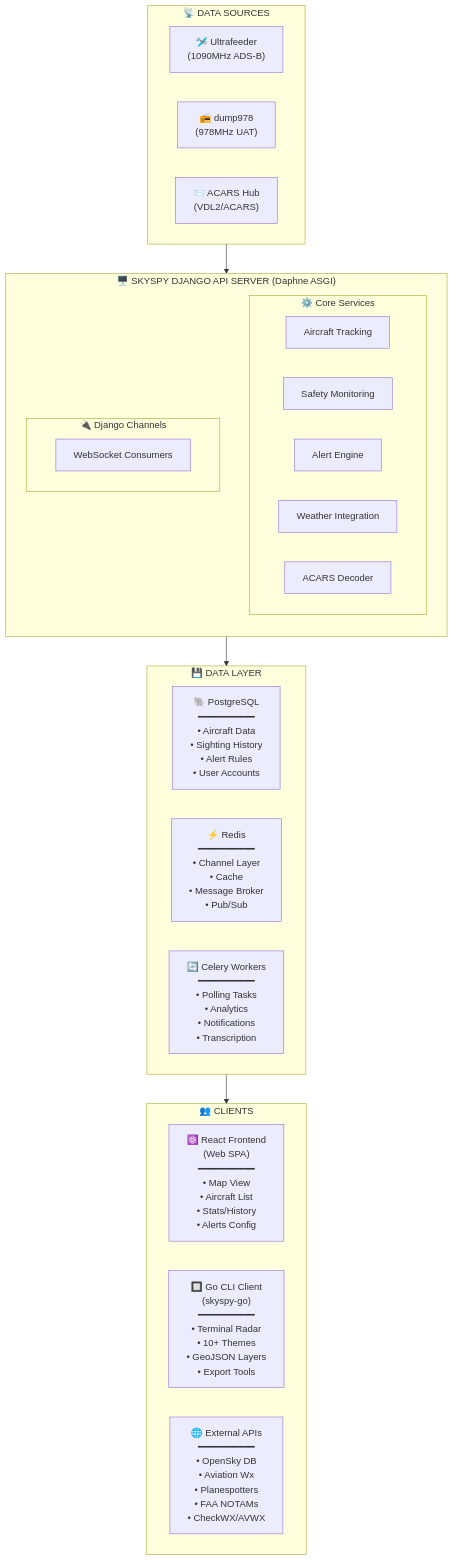
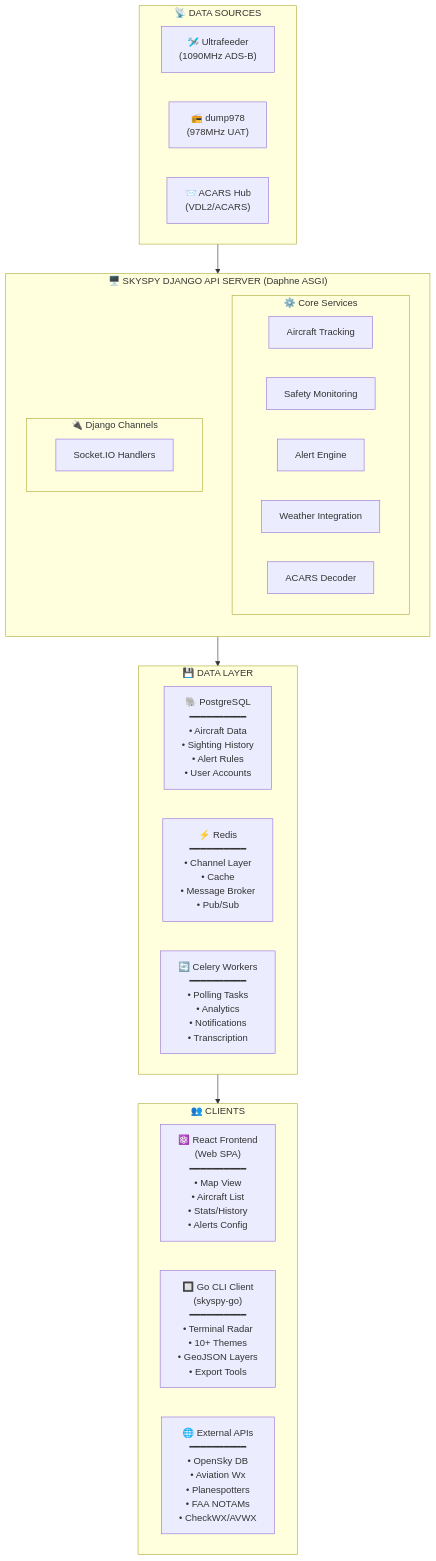
The first of 4 diagrams in docs/01-overview.md (CHA0S-CORP/SkySpy), drawn with Mermaid before and after one commit. The commit also changed other lines of this file and 18 other files, not shown here.

````diff
--- a/docs/01-overview.md
+++ b/docs/01-overview.md
@@ -52,38 +52,38 @@
 ```mermaid
 flowchart TB
     subgraph sources["📡 DATA SOURCES"]
         UF["🛩️ Ultrafeeder<br/>(1090MHz ADS-B)"]
         D978["📻 dump978<br/>(978MHz UAT)"]
         ACARS["📨 ACARS Hub<br/>(VDL2/ACARS)"]
     end
 
     subgraph server["🖥️ SKYSPY DJANGO API SERVER (Daphne ASGI)"]
         direction TB
         subgraph core["⚙️ Core Services"]
             AT["Aircraft Tracking"]
             SM["Safety Monitoring"]
             AE["Alert Engine"]
             WI["Weather Integration"]
             AD["ACARS Decoder"]
         end
         subgraph channels["🔌 Django Channels"]
-            WS["WebSocket Consumers"]
+            WS["Socket.IO Handlers"]
         end
     end
 
     subgraph storage["💾 DATA LAYER"]
         PG["🐘 PostgreSQL<br/>━━━━━━━━━━<br/>• Aircraft Data<br/>• Sighting History<br/>• Alert Rules<br/>• User Accounts"]
         RD["⚡ Redis<br/>━━━━━━━━━━<br/>• Channel Layer<br/>• Cache<br/>• Message Broker<br/>• Pub/Sub"]
         CL["🔄 Celery Workers<br/>━━━━━━━━━━<br/>• Polling Tasks<br/>• Analytics<br/>• Notifications<br/>• Transcription"]
     end
 
     subgraph clients["👥 CLIENTS"]
         REACT["⚛️ React Frontend<br/>(Web SPA)<br/>━━━━━━━━━━<br/>• Map View<br/>• Aircraft List<br/>• Stats/History<br/>• Alerts Config"]
         GO["🔲 Go CLI Client<br/>(skyspy-go)<br/>━━━━━━━━━━<br/>• Terminal Radar<br/>• 10+ Themes<br/>• GeoJSON Layers<br/>• Export Tools"]
         EXT["🌐 External APIs<br/>━━━━━━━━━━<br/>• OpenSky DB<br/>• Aviation Wx<br/>• Planespotters<br/>• FAA NOTAMs<br/>• CheckWX/AVWX"]
     end
 
     sources --> server
     server --> storage
     storage --> clients
 ```
````
